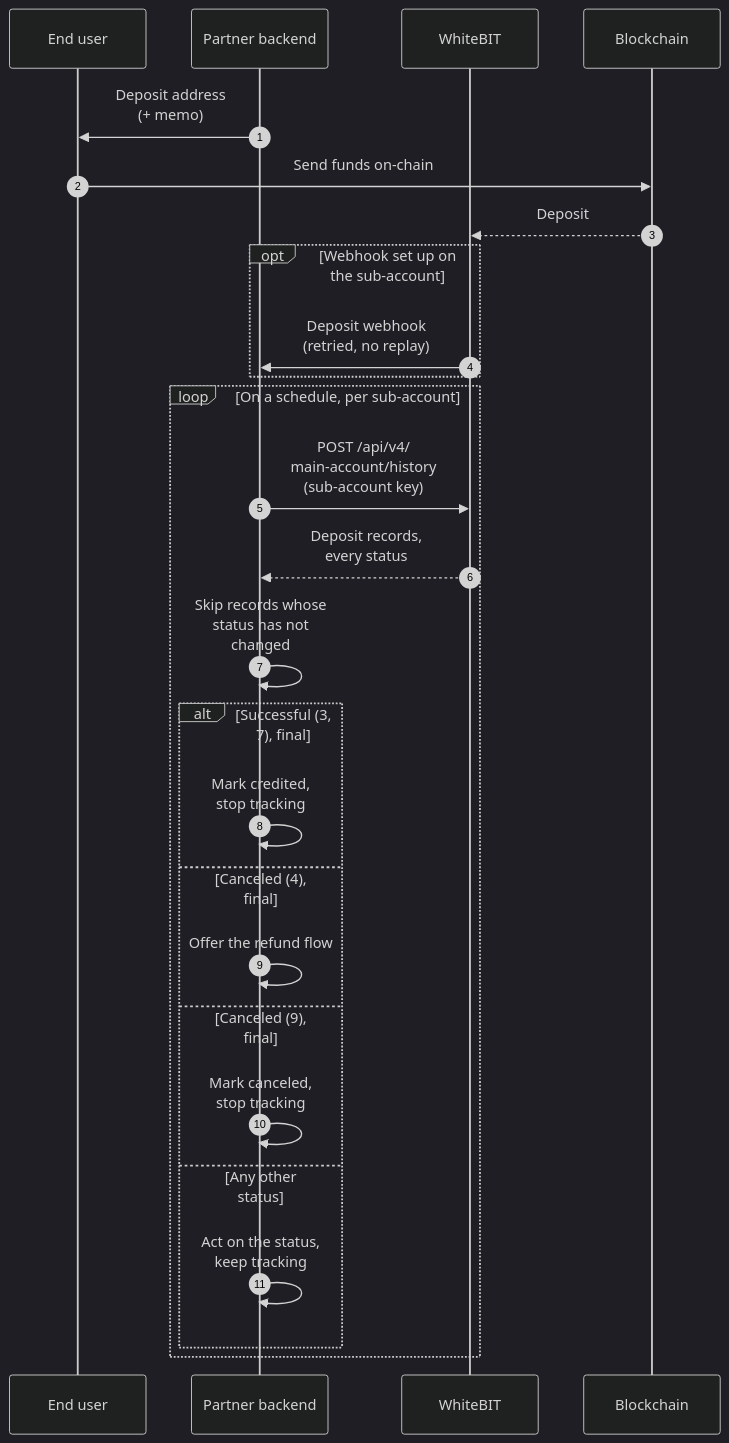
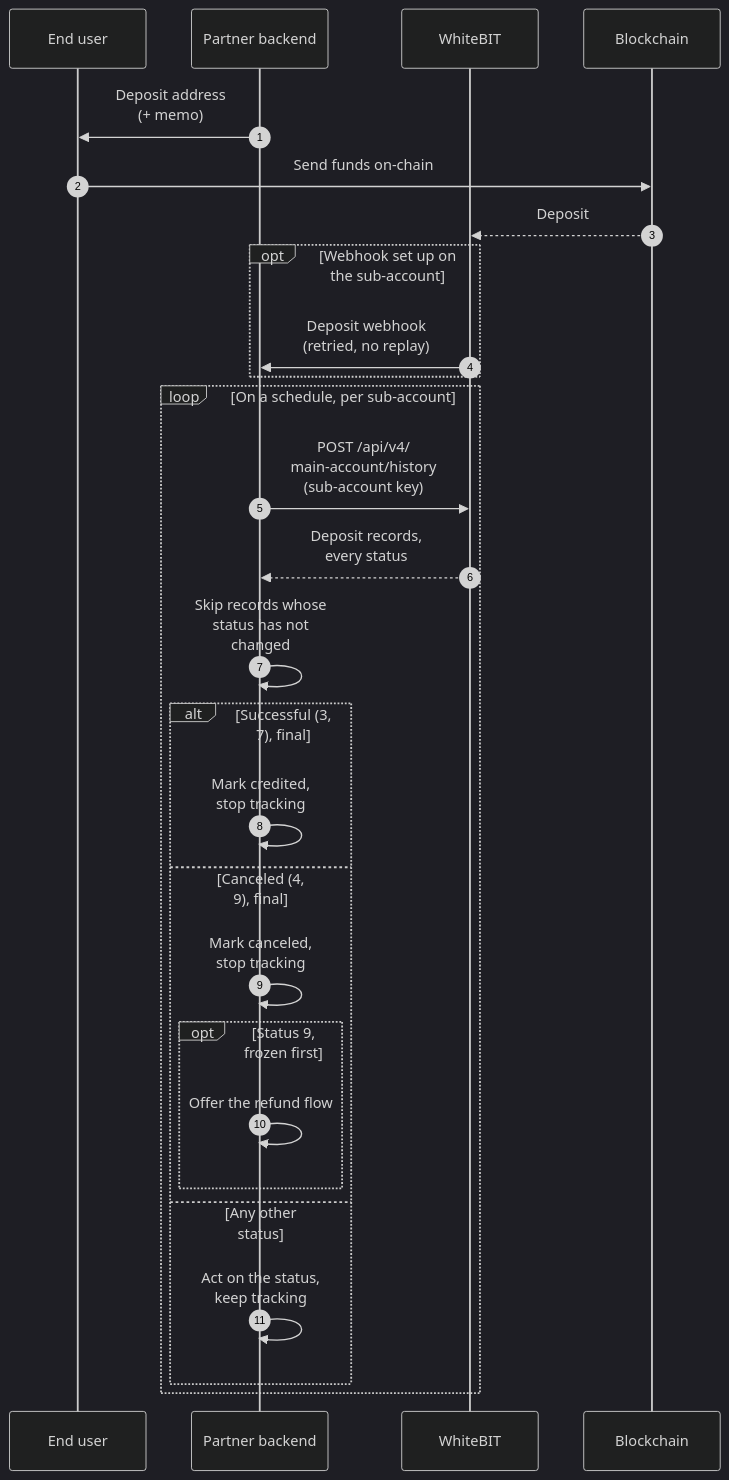
Before and after one commit to whitebit-exchange/docs: the second of 5 diagrams in guides/waas-integration.mdx, drawn with Mermaid (dark theme). The commit also changed 9 other files, not shown here.

First line of the commit message:
docs(api): refund only frozen status-9 deposits

````diff
--- a/guides/waas-integration.mdx
+++ b/guides/waas-integration.mdx
@@ -137,29 +137,30 @@
 ```mermaid
 sequenceDiagram
     autonumber
     participant U as End user
     participant P as Partner backend
     participant W as WhiteBIT
     participant B as Blockchain
 
     P->>U: Deposit address<br/>(+ memo)
     U->>B: Send funds on-chain
     B-->>W: Deposit
     opt Webhook set up on the sub-account
         W->>P: Deposit webhook<br/>(retried, no replay)
     end
     loop On a schedule, per sub-account
         P->>W: POST /api/v4/<br/>main-account/history<br/>(sub-account key)
         W-->>P: Deposit records,<br/>every status
         P->>P: Skip records whose<br/>status has not<br/>changed
         alt Successful (3, 7), final
             P->>P: Mark credited,<br/>stop tracking
-        else Canceled (4), final
-            P->>P: Offer the refund flow
-        else Canceled (9), final
+        else Canceled (4, 9), final
             P->>P: Mark canceled,<br/>stop tracking
+            opt Status 9, frozen first
+                P->>P: Offer the refund flow
+            end
         else Any other status
             P->>P: Act on the status,<br/>keep tracking
         end
     end
 ```
````
